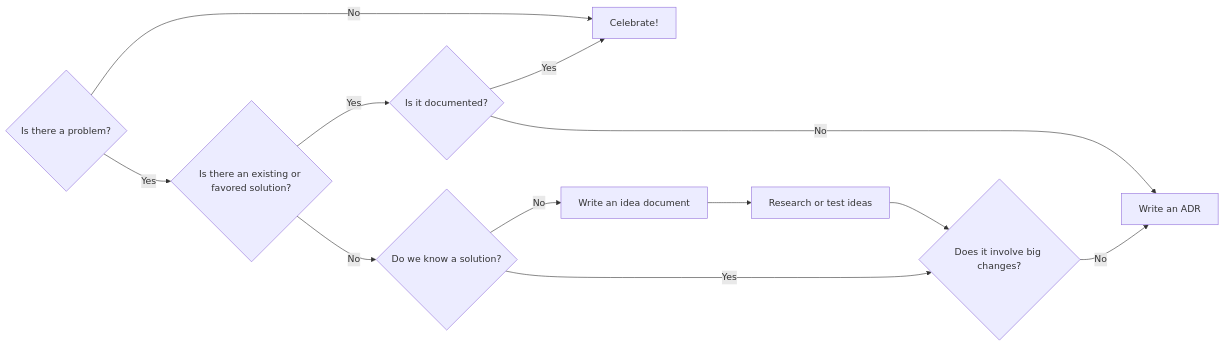
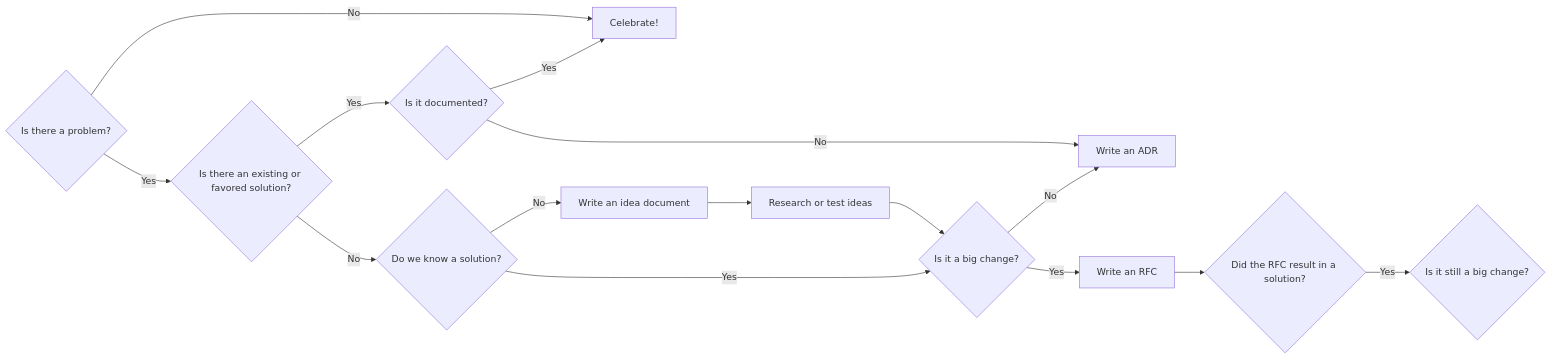
The diagram in flowchart.md (f1337/f1337.github.io), drawn with Mermaid before and after one commit. The commit also changed other lines of this file, not shown here.

Commit message:
flowchart.md updated from https://stackedit.io/

````diff
--- a/flowchart.md
+++ b/flowchart.md
@@ -3,15 +3,19 @@
 ```mermaid
 graph LR
 A{Is there a problem?} -- No --> B[Celebrate!]
 A -- Yes --> C{Is there an existing or favored solution?}
 C -- Yes --> D{Is it documented?}
 D -- Yes --> B
 C -- No --> E{Do we know a solution?}
 E -- No --> F[Write an idea document]
 F --> G[Research or test ideas]
-G --> H{Does it involve big changes?}
+G --> H{Is it a big change?}
 E -- Yes --> H
 H -- No --> I[Write an ADR]
 D -- No --> I
+H -- Yes --> J[Write an RFC]
+J --> K{Did the RFC result in a solution?}
+K -- Yes --> L{Is it still a big change?}
+L 
 
 ```
````
